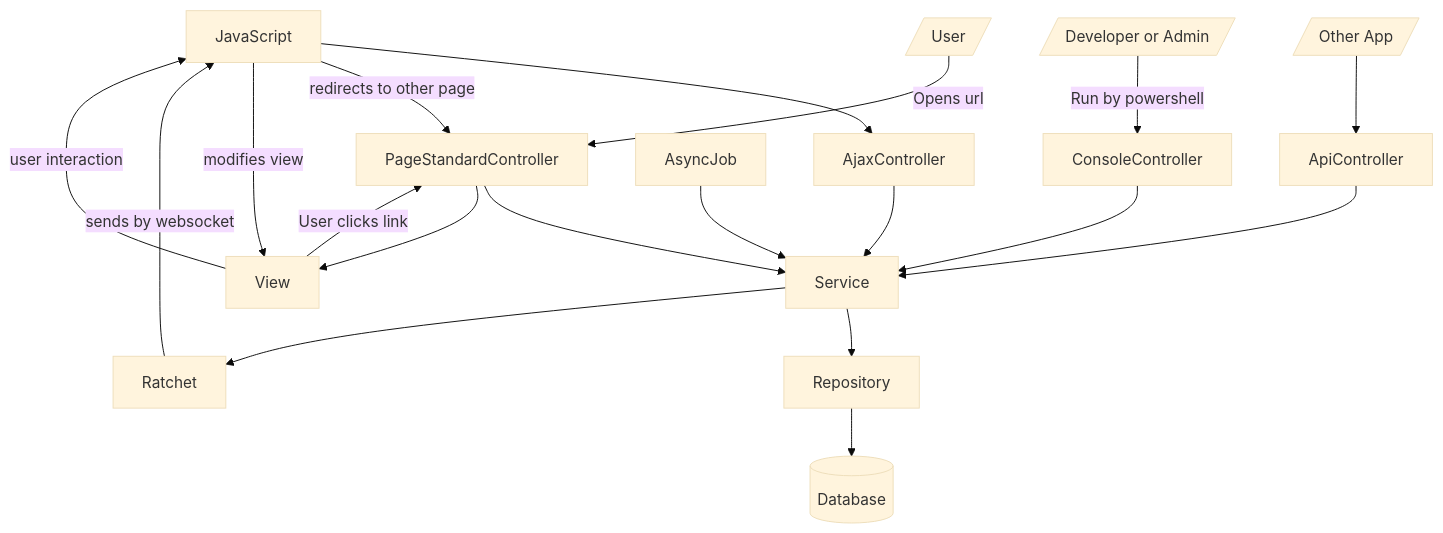
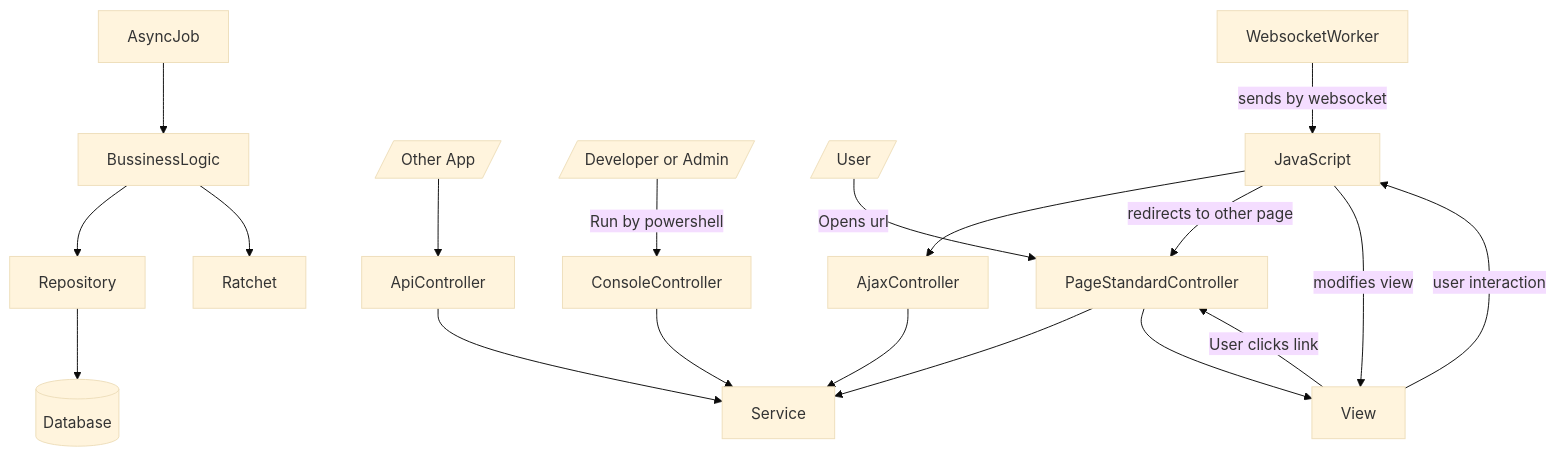
Before and after one commit to GreenCodeStudio/GreenCodeFramework-Core: the diagram in Docs/GeneralArchitecture.md, drawn with Mermaid (base theme). The commit also changed other lines of this file, not shown here.

````diff
--- a/Docs/GeneralArchitecture.md
+++ b/Docs/GeneralArchitecture.md
@@ -1,21 +1,21 @@
 ```mermaid
   graph TD;
       JavaScript-->AjaxController;
       JavaScript-->|redirects to other page|PageStandardController;
       other[/Other App/]-->ApiController;
       Dev[/Developer or Admin/]-->|Run by powershell|ConsoleController;
       User[/User/]-->|Opens url|PageStandardController;
       PageStandardController-->Service;
       AjaxController-->Service;
       ApiController-->Service;
       ConsoleController-->Service;
-      AsyncJob-->Service;
+      AsyncJob-->BussinessLogic;
       PageStandardController-->View;
       View-->|User clicks link|PageStandardController;
       View-->|user interaction|JavaScript;
       JavaScript-->|modifies view|View;
-      Service-->Repository;
-      Service-->Ratchet;
-      Ratchet-->|sends by websocket|JavaScript;
+      BussinessLogic-->Repository;
+      BussinessLogic-->Ratchet;
+      WebsocketWorker-->|sends by websocket|JavaScript;
       Repository-->Database[(Database)];
 ```
````
